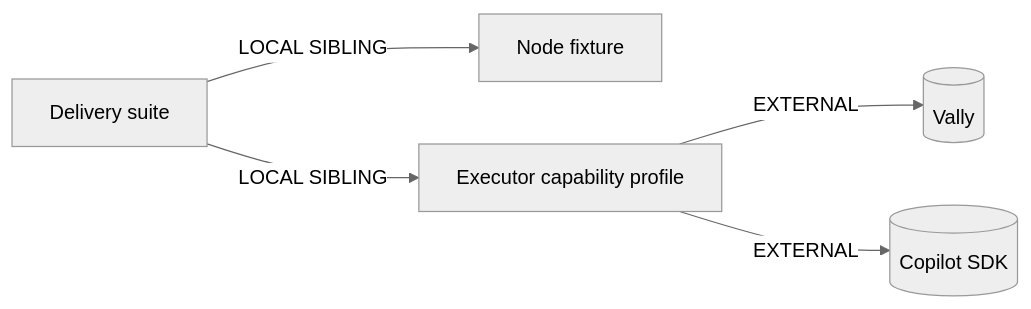
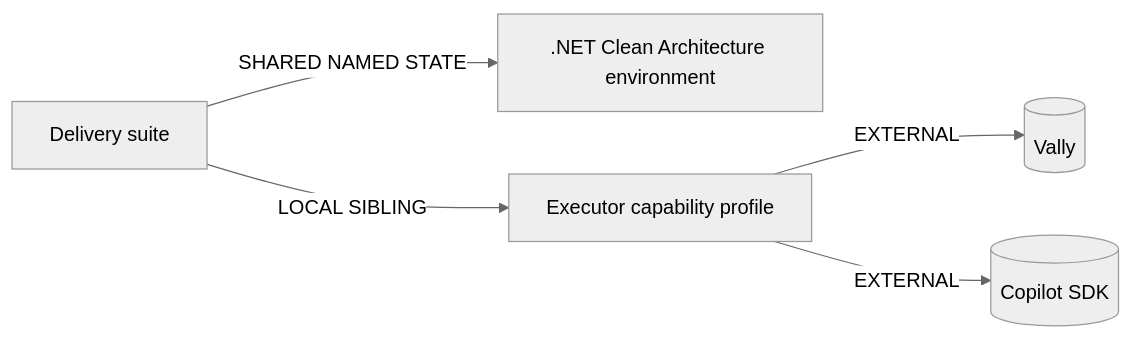
Before and after one commit to SebastienDegodez/skraft-plugin: diagram 13 of 13 in .copilot-tracking/genesis-plans/skraft-agent-behavior/plan.md, drawn with Mermaid (neutral theme). The commit also changed other lines of this file and 28 other files, not shown here.

Commit message:
feat(evals): add shared dotnet delivery environment

````diff
--- a/.copilot-tracking/genesis-plans/skraft-agent-behavior/plan.md
+++ b/.copilot-tracking/genesis-plans/skraft-agent-behavior/plan.md
@@ -396,7 +397,7 @@
 ```mermaid
 flowchart LR
-        S[Delivery suite] -- LOCAL SIBLING --> F[Node fixture]
+        S[Delivery suite] -- SHARED NAMED STATE --> F[.NET Clean Architecture environment]
         S -- LOCAL SIBLING --> E[Executor capability profile]
         E -- EXTERNAL --> V[(Vally)]
         E -- EXTERNAL --> C[(Copilot SDK)]
 ```
````
